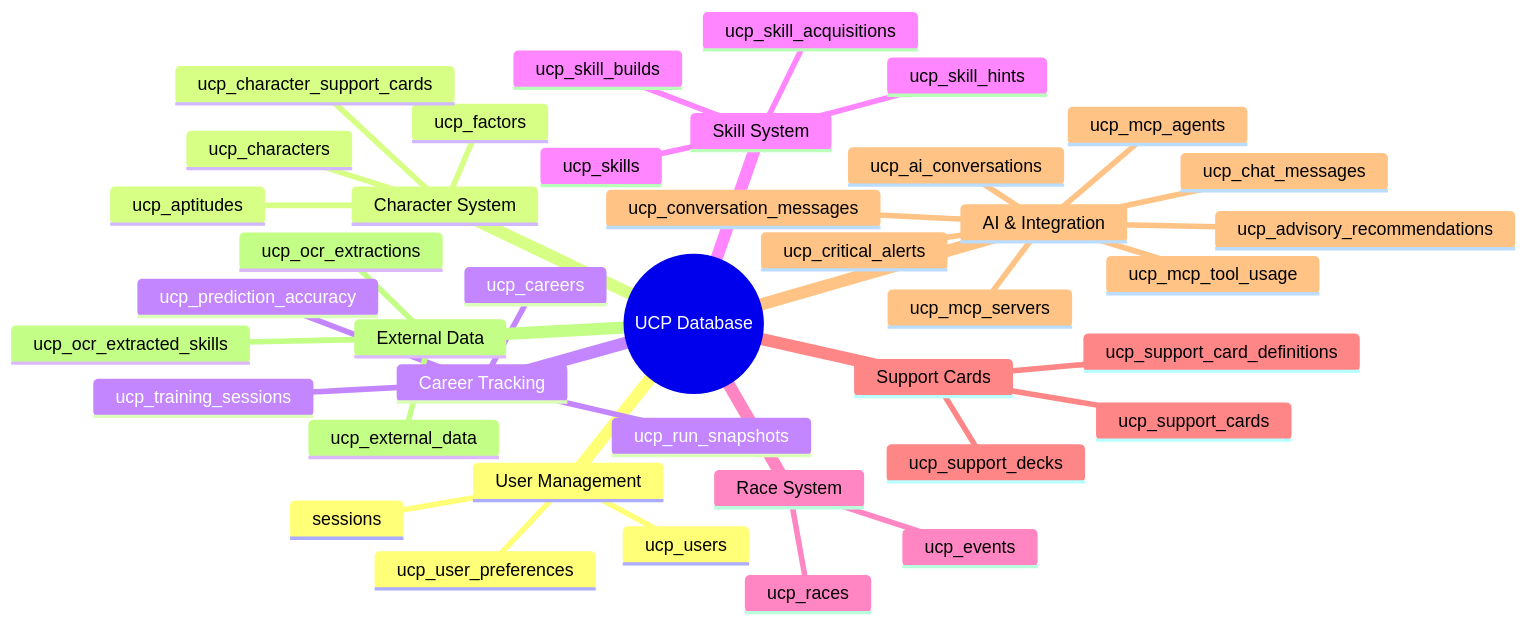
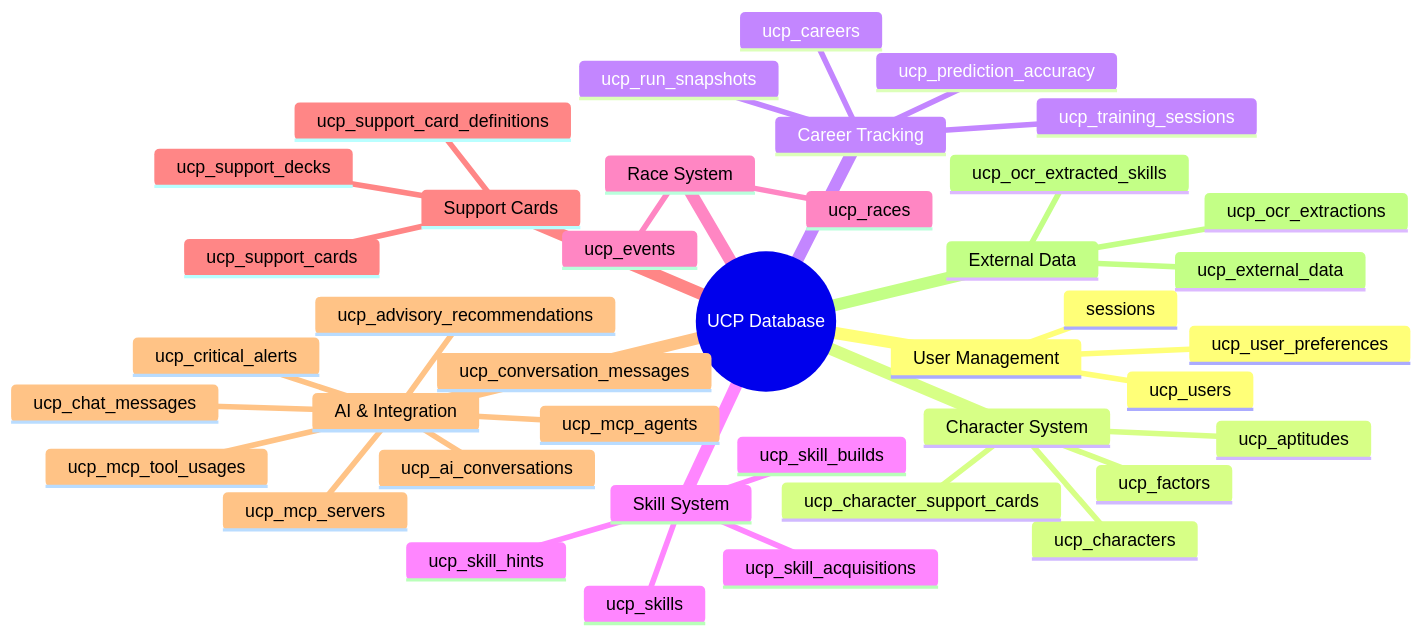
One commit to exatfrds67/umamusume-career-planner changed the first of 6 diagrams in docs/00-core-docs/009_DBD_Database_Documentation.md. Above: the diagram before and after it, drawn with Mermaid. The commit also changed other lines of this file and 111 other files, not shown here.

````diff
--- a/docs/00-core-docs/009_DBD_Database_Documentation.md
+++ b/docs/00-core-docs/009_DBD_Database_Documentation.md
@@ -40,43 +40,43 @@
 ```mermaid
 mindmap
   root((UCP Database))
     User Management
       ucp_users
       ucp_user_preferences
       sessions
     Character System
       ucp_characters
       ucp_aptitudes
       ucp_factors
       ucp_character_support_cards
     Career Tracking
       ucp_careers
       ucp_training_sessions
       ucp_run_snapshots
       ucp_prediction_accuracy
     Skill System
       ucp_skills
       ucp_skill_hints
       ucp_skill_acquisitions
       ucp_skill_builds
     Race System
       ucp_races
       ucp_events
     Support Cards
       ucp_support_cards
       ucp_support_card_definitions
       ucp_support_decks
     AI & Integration
       ucp_ai_conversations
       ucp_conversation_messages
       ucp_chat_messages
       ucp_advisory_recommendations
-      ucp_mcp_tool_usage
+      ucp_mcp_tool_usages
       ucp_mcp_agents
       ucp_mcp_servers
       ucp_critical_alerts
     External Data
       ucp_external_data
       ucp_ocr_extractions
       ucp_ocr_extracted_skills
 ```
````
